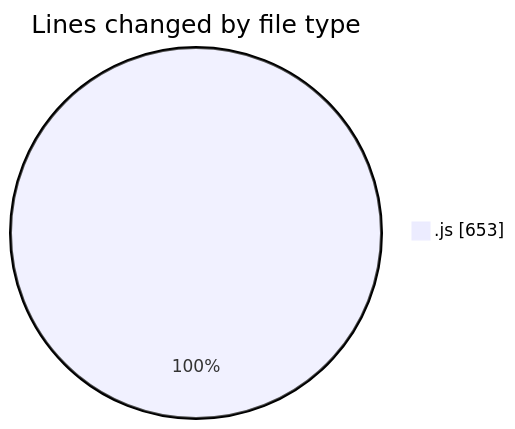
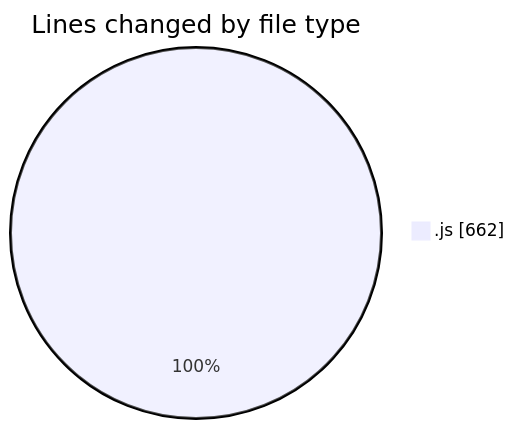
One commit to momahboobian/code-tracking changed the first of 2 diagrams in 2025-02-04/cda/README.md. Above: the diagram before and after it, drawn with Mermaid. The commit also changed other lines of this file and 1 other file, not shown here.

````diff
--- a/2025-02-04/cda/README.md
+++ b/2025-02-04/cda/README.md
@@ -22,5 +22,5 @@
 ```mermaid
 pie showData
 title Lines changed by file type
-".js" : 653
+".js" : 662
 ```
````
